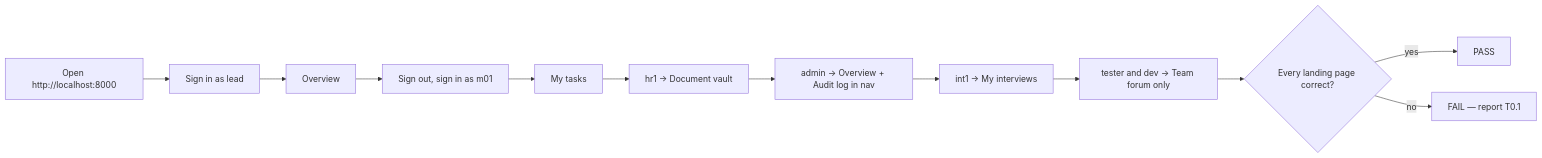
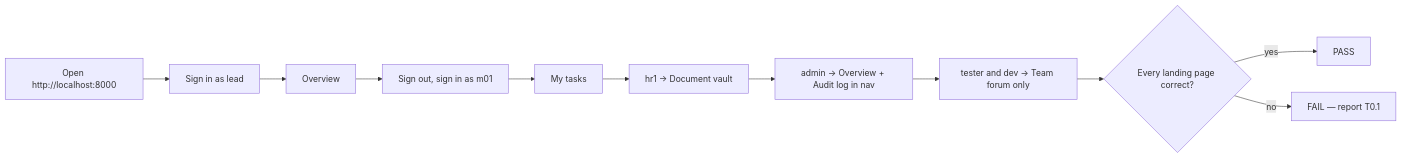
One commit to DeepxD-code/LeadDesk changed the second of 25 diagrams in docs/TESTER_GUIDE.md. Above: the diagram before and after it, drawn with Mermaid. The commit also changed other lines of this file and 3 other files, not shown here.

````diff
--- a/docs/TESTER_GUIDE.md
+++ b/docs/TESTER_GUIDE.md
@@ -135,14 +123,13 @@
 ```mermaid
 flowchart LR
   A["Open http://localhost:8000"] --> B["Sign in as lead"]
   B --> C["Overview"]
   C --> D["Sign out, sign in as m01"]
   D --> E["My tasks"]
   E --> F["hr1 → Document vault"]
   F --> G["admin → Overview + Audit log in nav"]
-  G --> H["int1 → My interviews"]
-  H --> I["tester and dev → Team forum only"]
+  G --> I["tester and dev → Team forum only"]
   I --> J{"Every landing page correct?"}
   J -->|yes| P[PASS]
   J -->|no| X["FAIL — report T0.1"]
 ```
````
